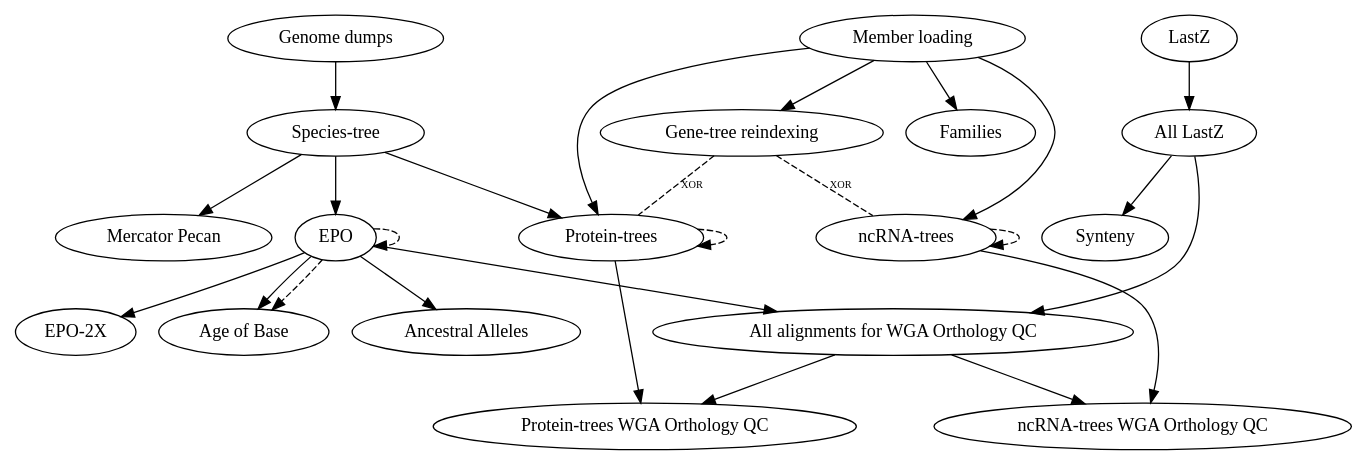
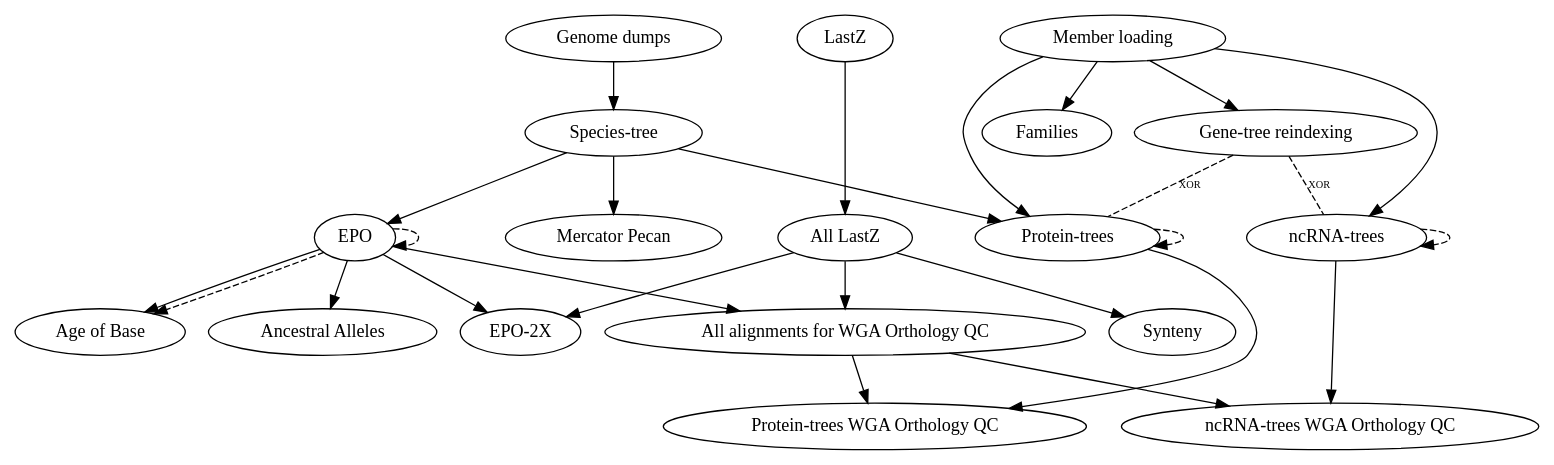
Before and after one commit to Ensembl/ensembl-compara: the diagram in scripts/jira_tickets/compara_merged.dot, drawn with Graphviz.

Commit message:
We need the LastZ alignments before starting EPO2X

```diff
--- a/scripts/jira_tickets/compara_merged.dot
+++ b/scripts/jira_tickets/compara_merged.dot
@@ -1,22 +1,22 @@
 digraph {
     "Genome dumps" -> "Species-tree";
     "Species-tree" -> { "EPO", "Mercator Pecan", "Protein-trees" };
-    "EPO" -> "EPO-2X";
+    {"EPO", "All LastZ"} -> "EPO-2X";
     "EPO" -> "Age of Base";
     "EPO" -> "Ancestral Alleles";
     "Member loading" -> { "Protein-trees", "ncRNA-trees", "Families", "Gene-tree reindexing" };
     "Protein-trees" -> "Protein-trees WGA Orthology QC";
     "ncRNA-trees" -> "ncRNA-trees WGA Orthology QC";
     {"All LastZ", "EPO"} -> "All alignments for WGA Orthology QC" -> {"Protein-trees WGA Orthology QC", "ncRNA-trees WGA Orthology QC"};
     "LastZ" -> "All LastZ" -> "Synteny";
 
     "Gene-tree reindexing" -> "ncRNA-trees" [style="dashed", dir=none, fontsize="8", label="XOR", headport="murinae:w", tailport="murinae:s"];
     "Gene-tree reindexing" -> "Protein-trees" [style="dashed", dir=none, fontsize="8", label="XOR", headport="murinae:e", tailport="murinae:s"];
     "EPO" -> "EPO" [style="dashed", headport="Primates:e", tailport="Mammals:e"];
     "EPO" -> "Age of Base" [style="dashed", headport="Human:w", tailport="Mammals:w"];
     "Protein-trees" -> "Protein-trees" [style="dashed", headport="Murinae:w", tailport="Default vertebrates:w"];
     "ncRNA-trees" -> "ncRNA-trees" [style="dashed", headport="Murinae:e", tailport="Default vertebrates:e"];
 
     // Helps laying out the graph
     {rank = same; "Genome dumps"; "LastZ"; "Member loading"; }
 }
```
